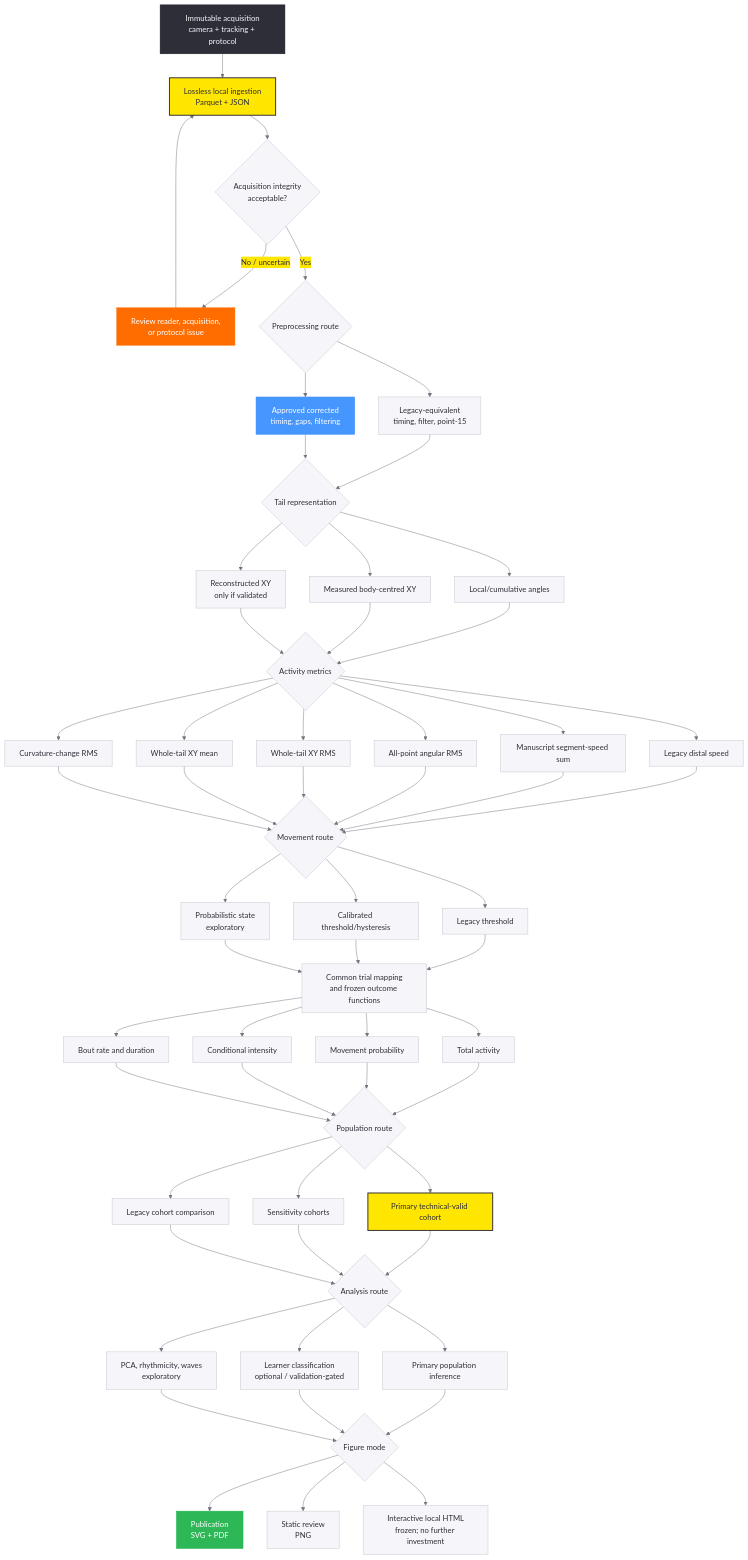
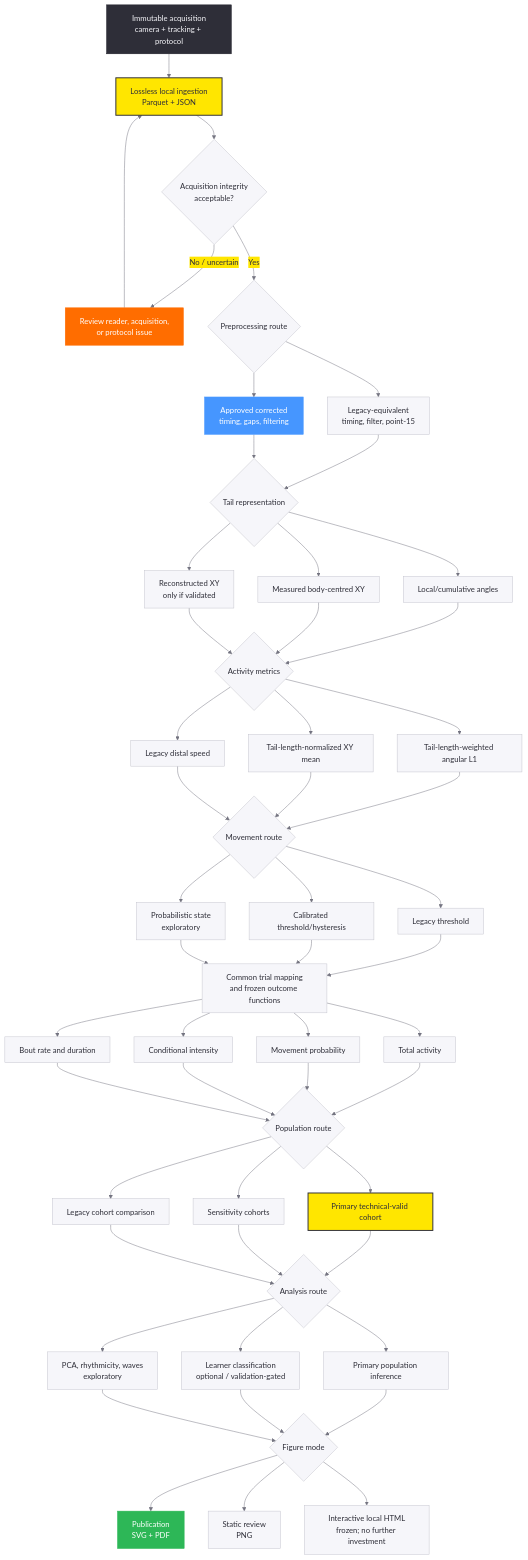
The third of 4 diagrams in Plans/ANALYSIS_ARCHITECTURE.md (jasmc/ClassicalConditioning), drawn with Mermaid before and after one commit. The commit also changed 21 other files, not shown here.

Commit message:
refactor: drop redundant angular RMS metric

```diff
--- a/Plans/ANALYSIS_ARCHITECTURE.md
+++ b/Plans/ANALYSIS_ARCHITECTURE.md
@@ -131,12 +131,9 @@
     XYM["Measured body-centred XY"]
     XYR["Reconstructed XY<br/>only if validated"]
     METRIC{"Activity metrics"}
-    M1["Legacy distal speed"]
-    M2["Manuscript segment-speed sum"]
-    M3["All-point angular RMS"]
-    M4["Whole-tail XY RMS"]
-    M5["Whole-tail XY mean"]
-    M6["Curvature-change RMS"]
+    M1["Tail-length-weighted angular L1"]
+    M2["Tail-length-normalized XY mean"]
+    M3["Legacy distal speed"]
     DETECT{"Movement route"}
     D1["Legacy threshold"]
     D2["Calibrated threshold/hysteresis"]
@@ -176,15 +173,9 @@
     METRIC --> M1
     METRIC --> M2
     METRIC --> M3
-    METRIC --> M4
-    METRIC --> M5
-    METRIC --> M6
     M1 --> DETECT
     M2 --> DETECT
     M3 --> DETECT
-    M4 --> DETECT
-    M5 --> DETECT
-    M6 --> DETECT
     DETECT --> D1
     DETECT --> D2
     DETECT --> D3
```
